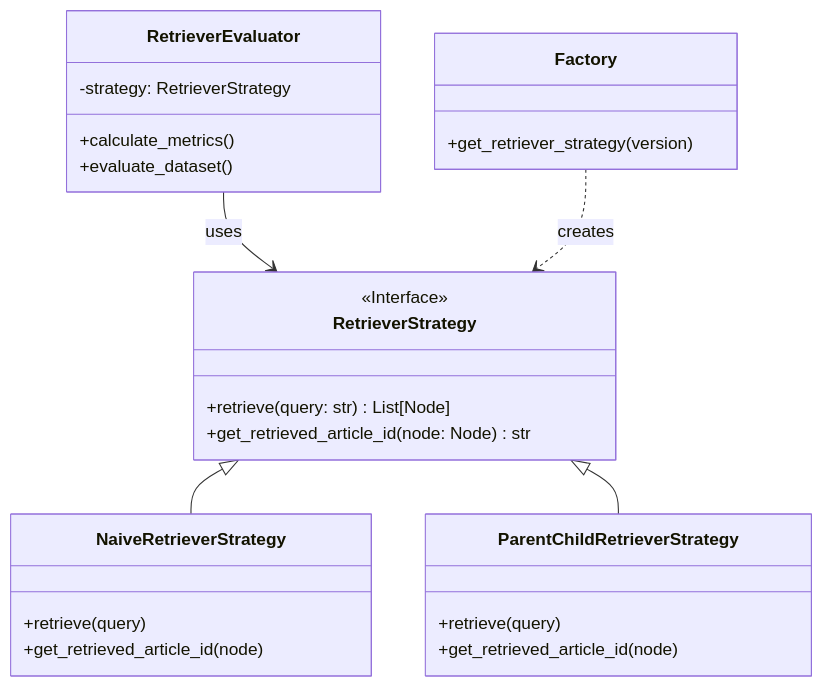
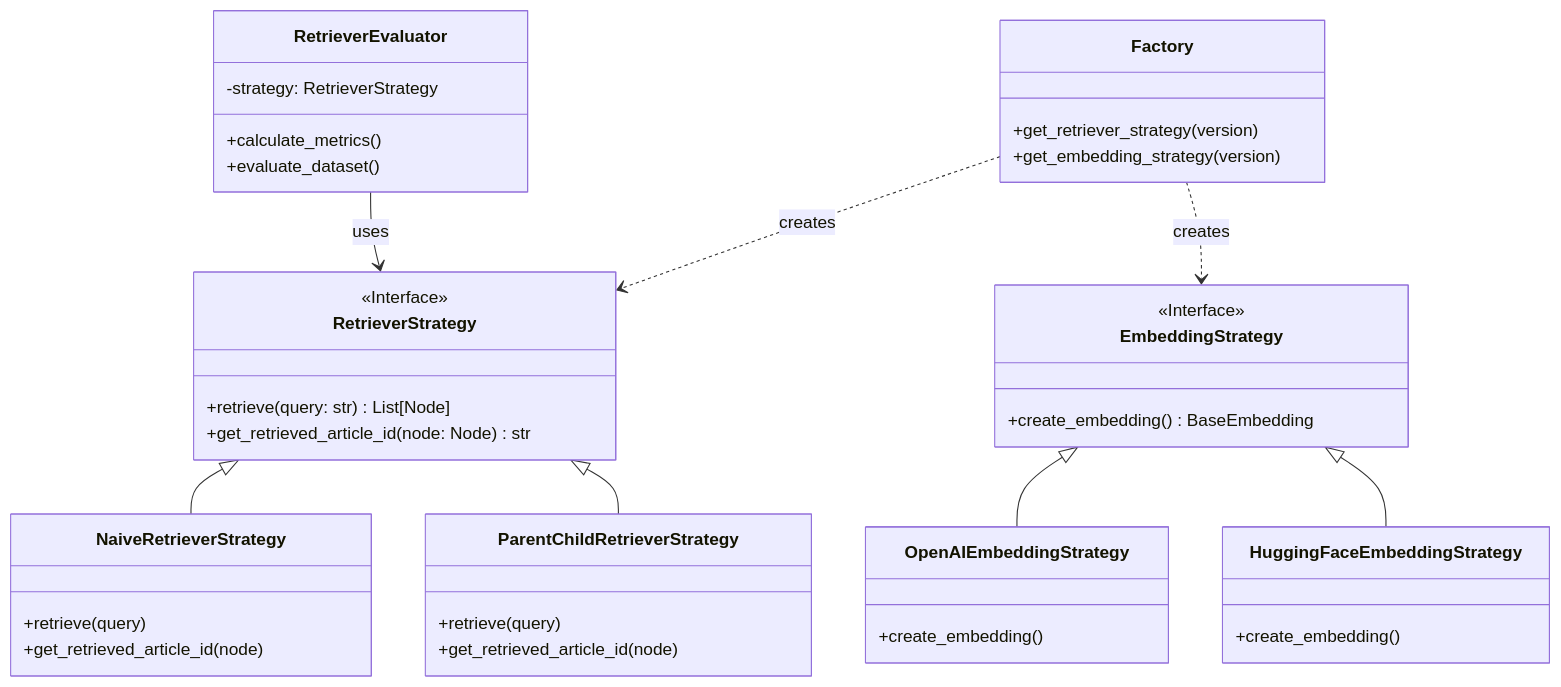
Before and after one commit to wei-yiting/labor-law-guardian: the diagram in backend/app/rag/README.md, drawn with Mermaid. The commit also changed other lines of this file and 14 other files, not shown here.

First line of the commit message:
feat: refactor embedding to strategy + factory pattern, version-based model selection

````diff
--- a/backend/app/rag/README.md
+++ b/backend/app/rag/README.md
@@ -11,29 +11,43 @@
 ```mermaid
 classDiagram
     class RetrieverStrategy {
         <<Interface>>
         +retrieve(query: str) List[Node]
         +get_retrieved_article_id(node: Node) str
+    }
+    class EmbeddingStrategy {
+        <<Interface>>
+        +create_embedding() BaseEmbedding
     }
     class NaiveRetrieverStrategy {
         +retrieve(query)
         +get_retrieved_article_id(node)
     }
     class ParentChildRetrieverStrategy {
         +retrieve(query)
         +get_retrieved_article_id(node)
     }
+    class OpenAIEmbeddingStrategy {
+        +create_embedding()
+    }
+    class HuggingFaceEmbeddingStrategy {
+        +create_embedding()
+    }
     class RetrieverEvaluator {
         -strategy: RetrieverStrategy
         +calculate_metrics()
         +evaluate_dataset()
     }
     class Factory {
         +get_retriever_strategy(version)
+        +get_embedding_strategy(version)
     }
 
     RetrieverStrategy <|-- NaiveRetrieverStrategy
     RetrieverStrategy <|-- ParentChildRetrieverStrategy
+    EmbeddingStrategy <|-- OpenAIEmbeddingStrategy
+    EmbeddingStrategy <|-- HuggingFaceEmbeddingStrategy
     RetrieverEvaluator --> RetrieverStrategy : uses
     Factory ..> RetrieverStrategy : creates
+    Factory ..> EmbeddingStrategy : creates
 ```
````
